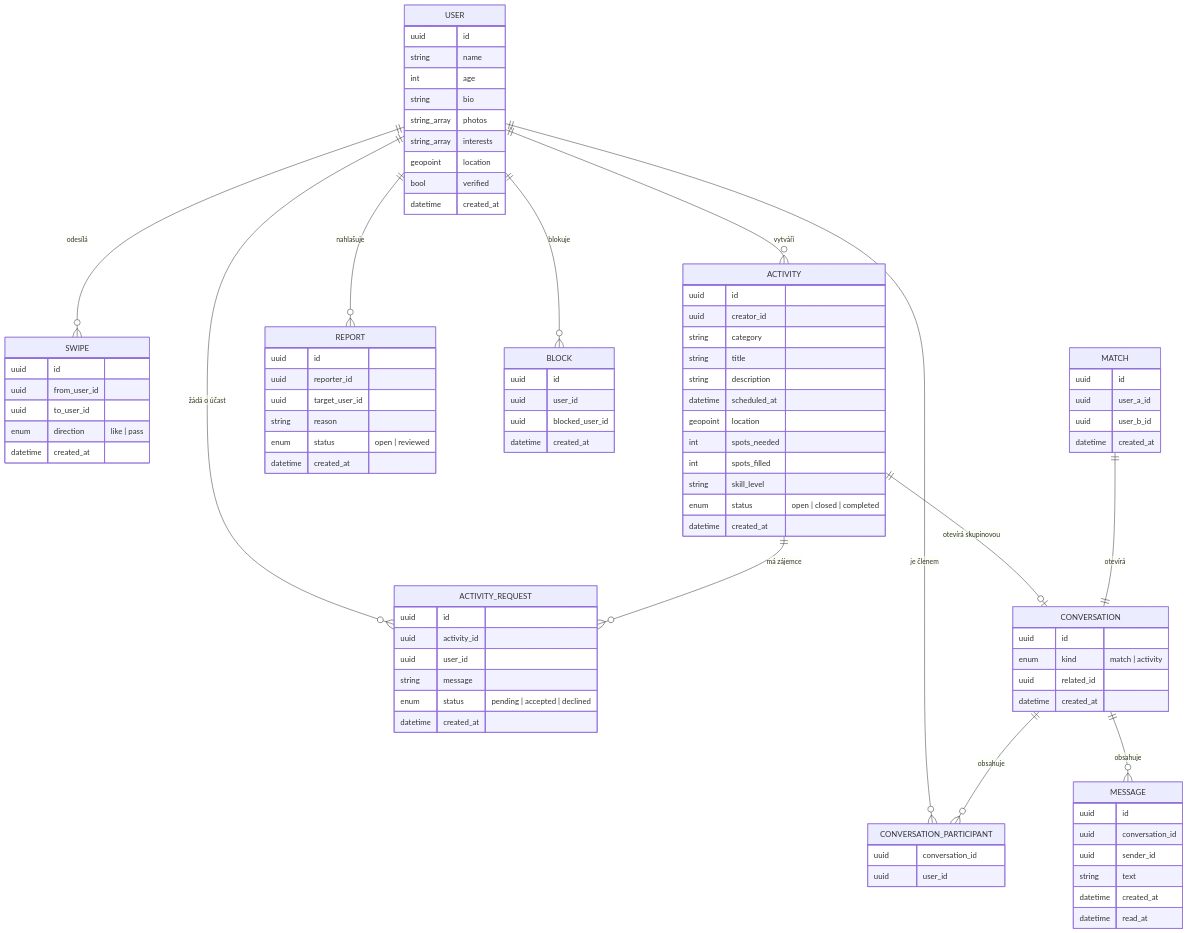
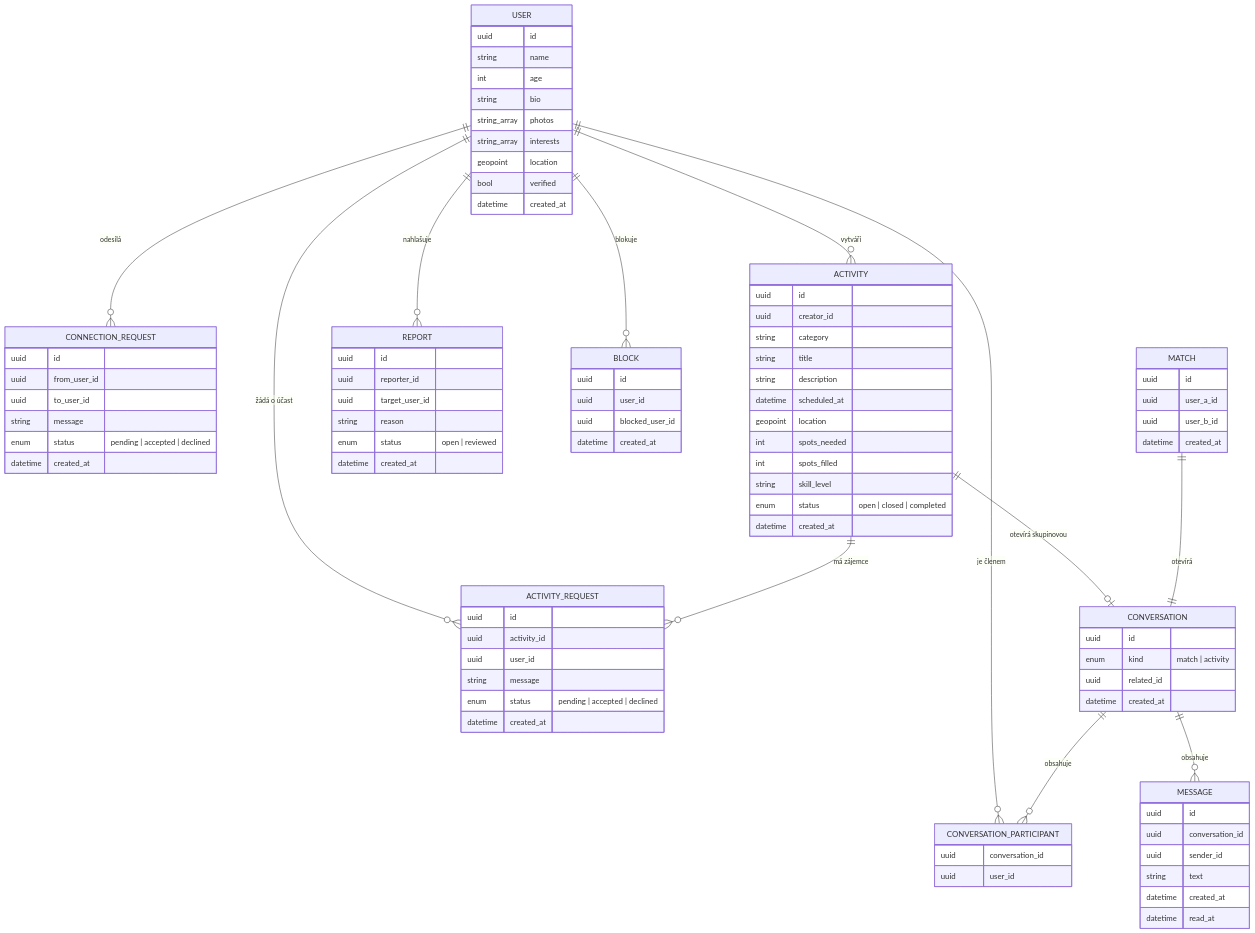
One commit to lokajovaveru-cpu/fit changed the diagram in friend-finder-app/README.md. Above: the diagram before and after it, drawn with Mermaid. The commit also changed other lines of this file, not shown here.

First line of the commit message:
Replace swipe mechanic with browsable feed + connection requests

````diff
--- a/friend-finder-app/README.md
+++ b/friend-finder-app/README.md
@@ -138,6 +163,6 @@
 ```mermaid
 erDiagram
-    USER ||--o{ SWIPE : "odesílá"
+    USER ||--o{ CONNECTION_REQUEST : "odesílá"
     USER ||--o{ ACTIVITY : "vytváří"
     USER ||--o{ ACTIVITY_REQUEST : "žádá o účast"
     USER ||--o{ REPORT : "nahlašuje"
@@ -160,11 +185,12 @@
         bool verified
         datetime created_at
     }
-    SWIPE {
+    CONNECTION_REQUEST {
         uuid id
         uuid from_user_id
         uuid to_user_id
-        enum direction "like | pass"
+        string message
+        enum status "pending | accepted | declined"
         datetime created_at
     }
     MATCH {
````
